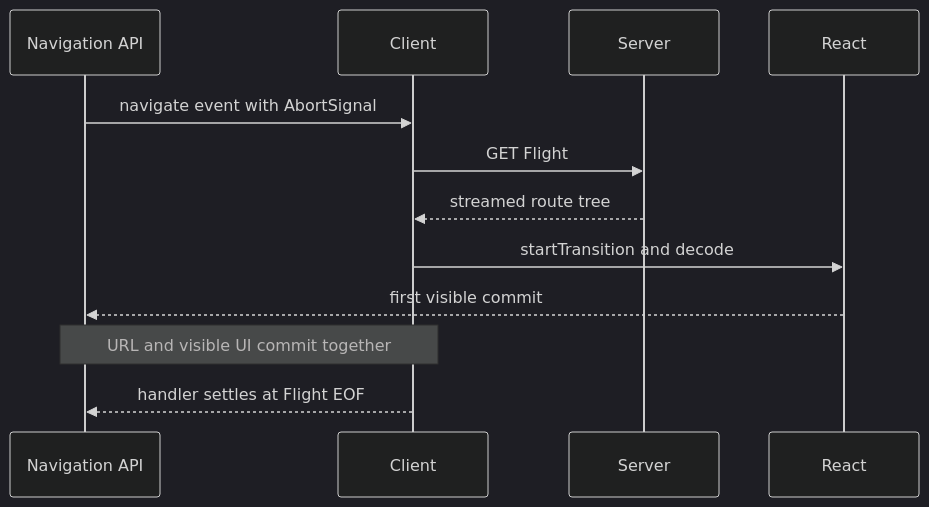
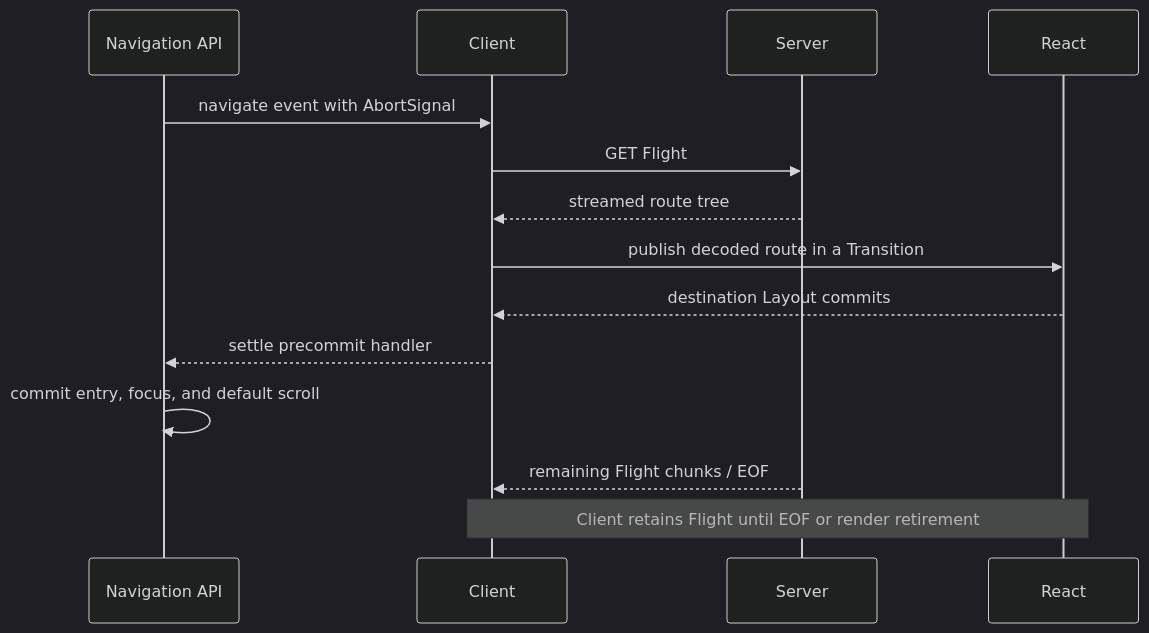
The second of 2 diagrams in docs/architecture/request-flows.md (nikhilsnayak/effective-rsc), drawn with Mermaid (dark theme) before and after one commit. The commit also changed other lines of this file and 6 other files, not shown here.

````diff
--- a/docs/architecture/request-flows.md
+++ b/docs/architecture/request-flows.md
@@ -25,15 +25,17 @@
 ```mermaid
 sequenceDiagram
   participant Navigation as Navigation API
   participant Client
   participant Server
   participant React
 
   Navigation->>Client: navigate event with AbortSignal
   Client->>Server: GET Flight
   Server-->>Client: streamed route tree
-  Client->>React: startTransition and decode
-  React-->>Navigation: first visible commit
-  Note over Navigation,Client: URL and visible UI commit together
-  Client-->>Navigation: handler settles at Flight EOF
+  Client->>React: publish decoded route in a Transition
+  React-->>Client: destination Layout commits
+  Client-->>Navigation: settle precommit handler
+  Navigation->>Navigation: commit entry, focus, and default scroll
+  Server-->>Client: remaining Flight chunks / EOF
+  Note over Client,React: Client retains Flight until EOF or render retirement
 ```
````
